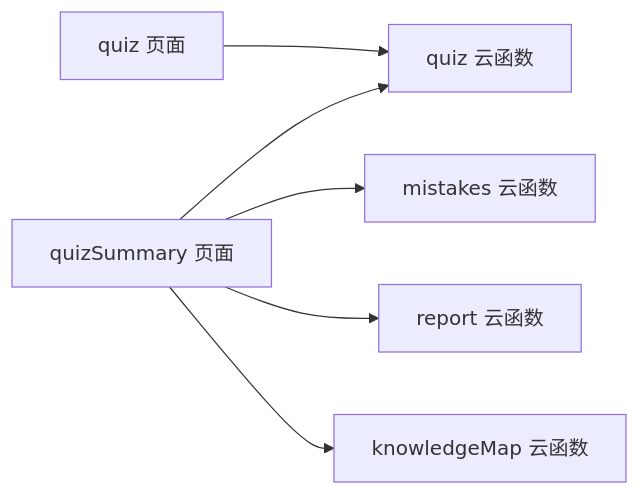
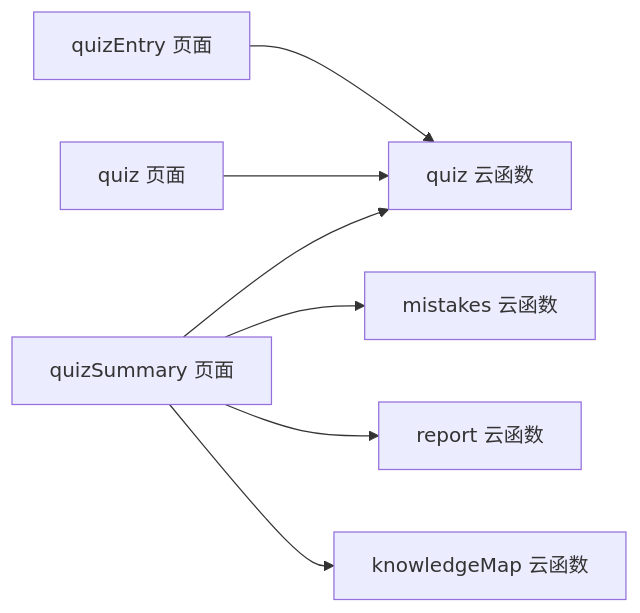
The third of 6 diagrams in .qoder/repowiki/zh/content/API接口文档/测验系统API.md (cwb7756/bio), drawn with Mermaid before and after one commit. The commit also changed other lines of this file and 46 other files, not shown here.

````diff
--- a/.qoder/repowiki/zh/content/API接口文档/测验系统API.md
+++ b/.qoder/repowiki/zh/content/API接口文档/测验系统API.md
@@ -289,8 +327,9 @@
 ```mermaid
 graph LR
-QJS["quiz 页面"] --> QF["quiz 云函数"]
+QEJS["quizEntry 页面"] --> QF["quiz 云函数"]
+QJS["quiz 页面"] --> QF
 QSJS["quizSummary 页面"] --> QF
 QSJS --> MF["mistakes 云函数"]
 QSJS --> RF["report 云函数"]
 QSJS --> KF["knowledgeMap 云函数"]
 ```
````
